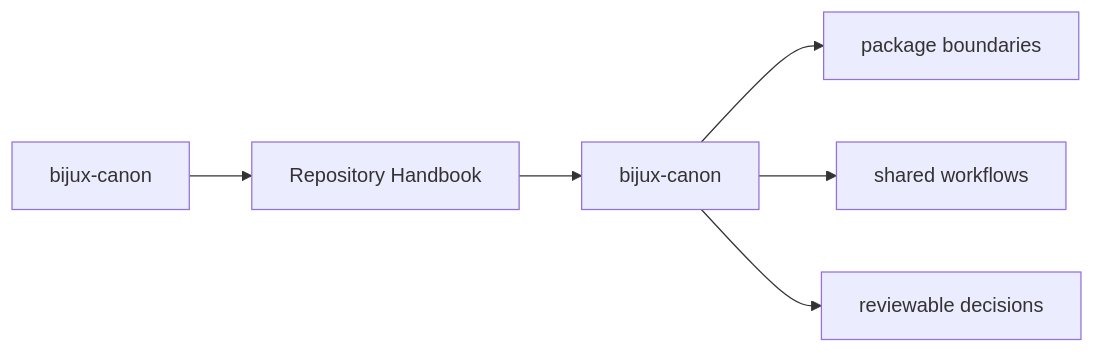
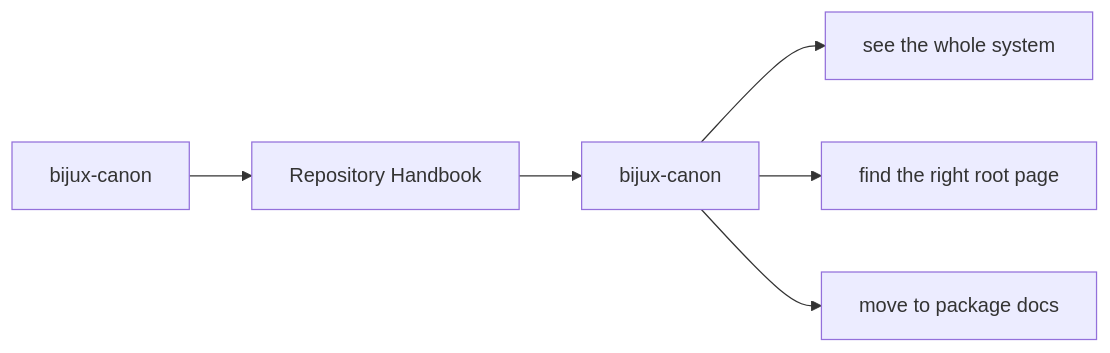
The first of 2 diagrams in docs/bijux-canon/index.md (bijux/bijux-canon), drawn with Mermaid before and after one commit. The commit also changed other lines of this file and 11 other files, not shown here.

Commit message:
docs(diagrams): clarify root handbook maps

````diff
--- a/docs/bijux-canon/index.md
+++ b/docs/bijux-canon/index.md
@@ -39,11 +39,11 @@
 ```mermaid
 flowchart LR
     scope["bijux-canon"] --> section["Repository Handbook"]
     section --> page["bijux-canon"]
-    dest1["package boundaries"]
-    dest2["shared workflows"]
-    dest3["reviewable decisions"]
+    dest1["see the whole system"]
+    dest2["find the right root page"]
+    dest3["move to package docs"]
     page --> dest1
     page --> dest2
     page --> dest3
 ```
````
